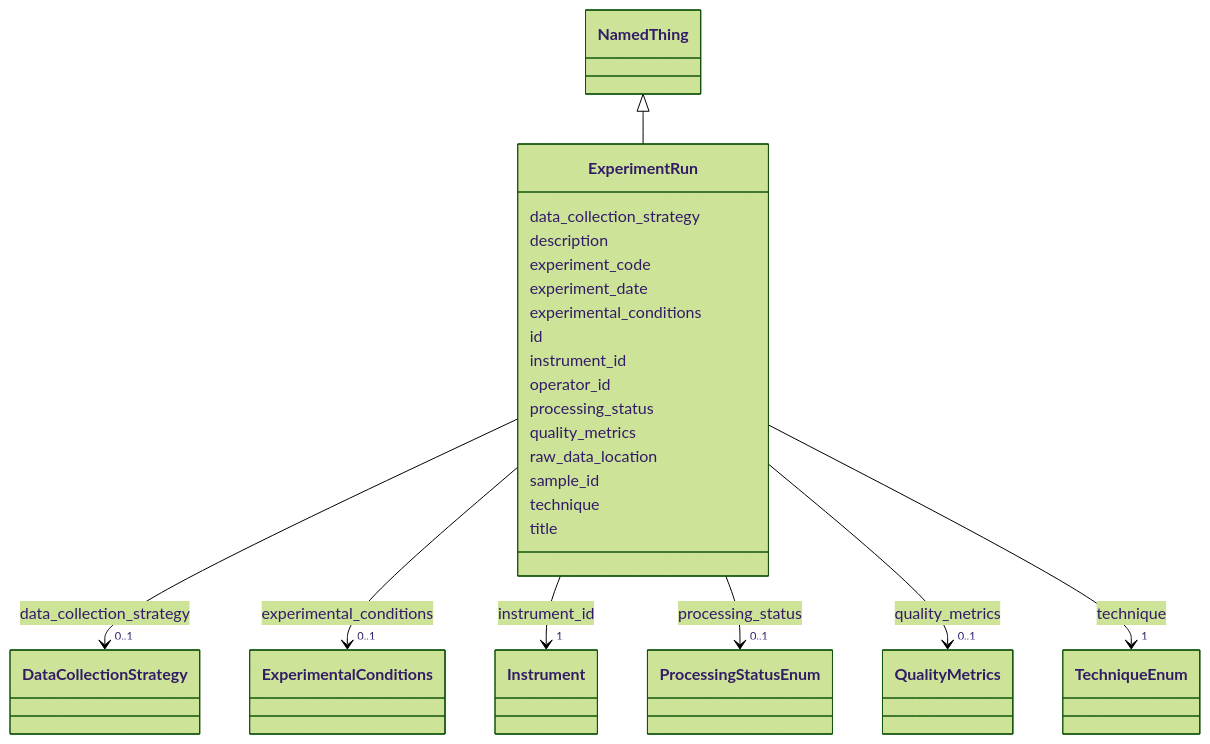
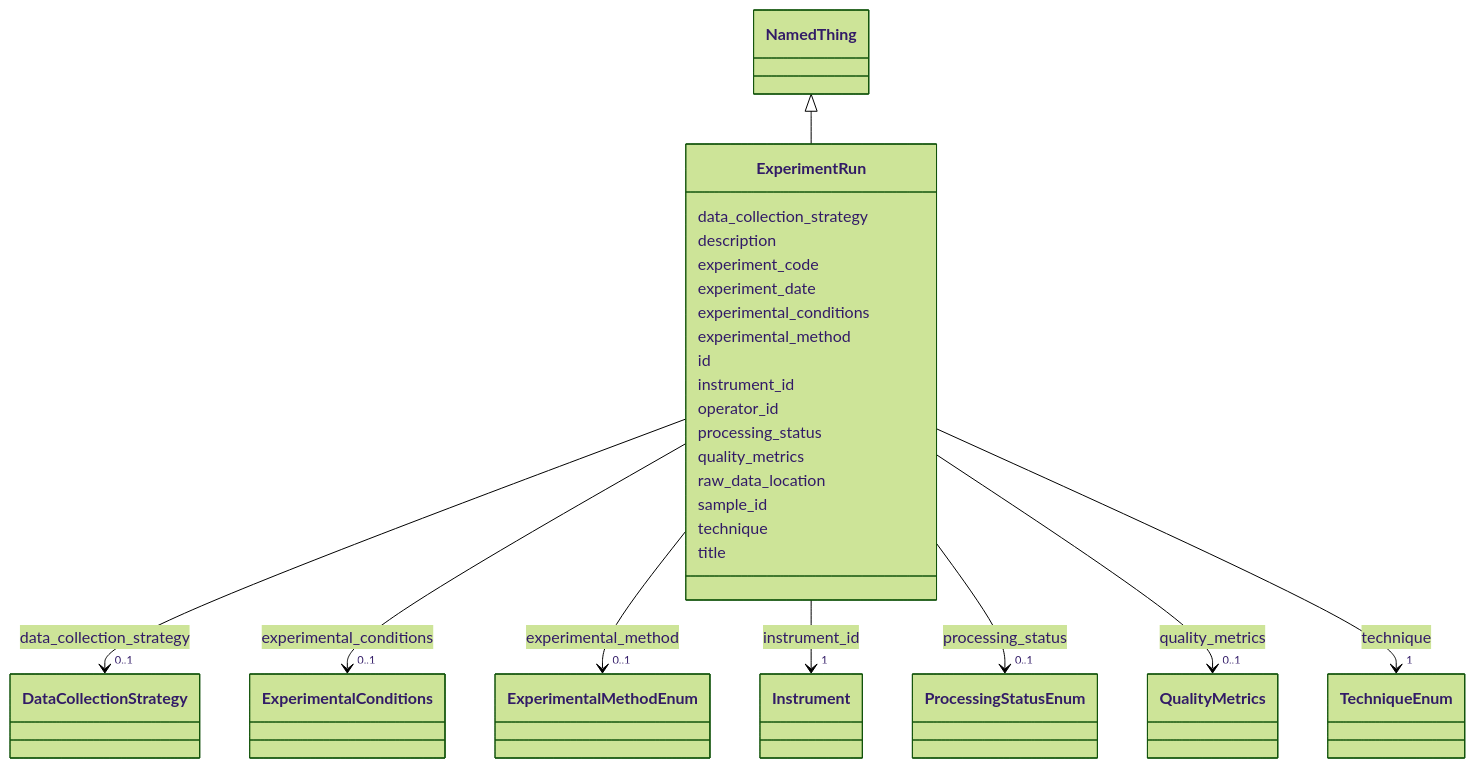
Before and after one commit to lambda-ber/lambda-ber-schema: the diagram in docs/ExperimentRun.md, drawn with Mermaid (forest theme). The commit also changed other lines of this file and 338 other files, not shown here.

```diff
--- a/docs/ExperimentRun.md
+++ b/docs/ExperimentRun.md
@@ -47,6 +47,17 @@
         
         ExperimentRun --> "0..1" ExperimentalConditions : experimental_conditions
         click ExperimentalConditions href "../ExperimentalConditions/"
+    
+
+        
+      ExperimentRun : experimental_method
+        
+          
+    
+        
+        
+        ExperimentRun --> "0..1" ExperimentalMethodEnum : experimental_method
+        click ExperimentalMethodEnum href "../ExperimentalMethodEnum/"
     
 
         
```
